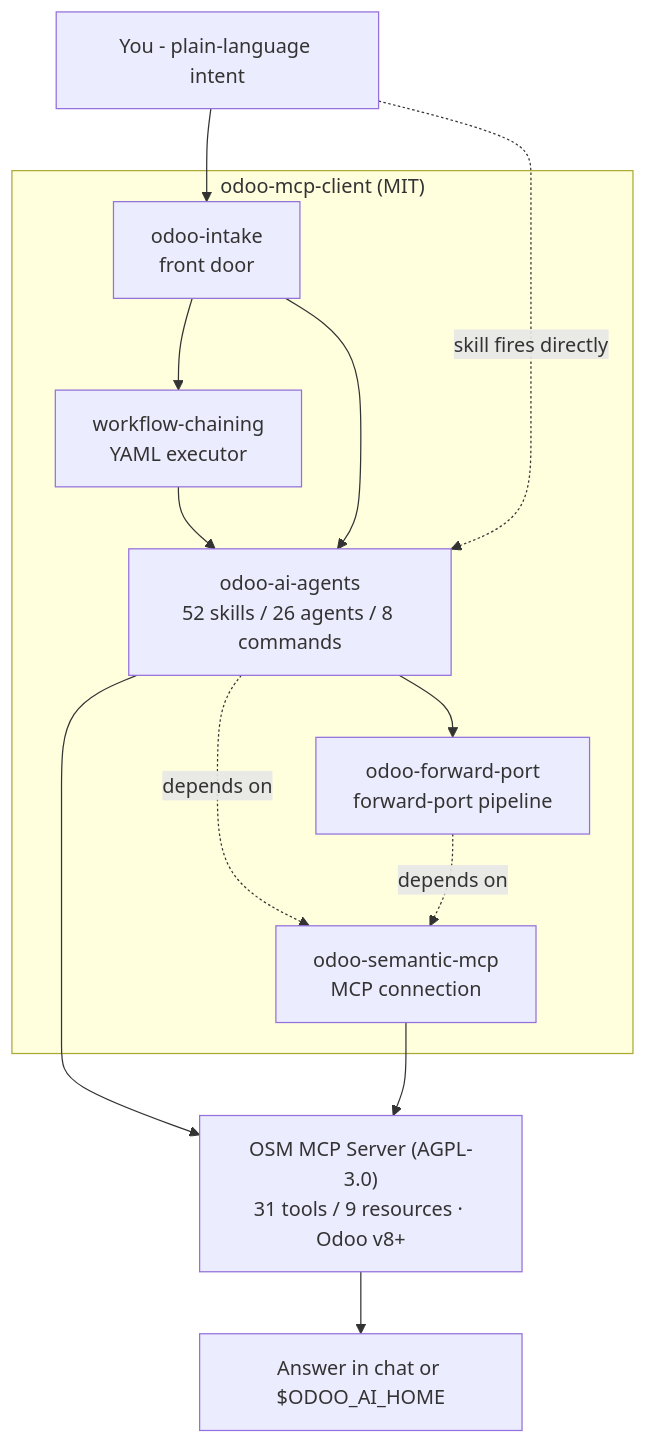
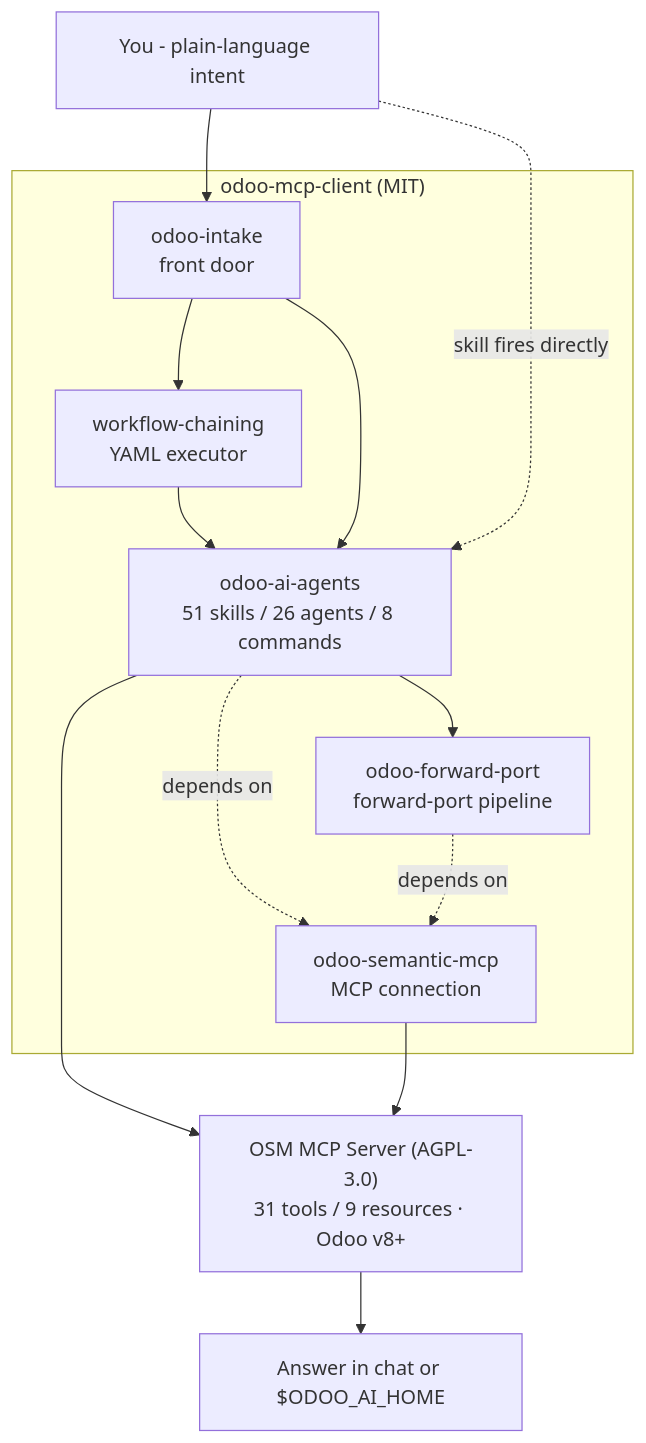
One commit to Viindoo/odoo-mcp-client changed the diagram in README.md. Above: the diagram before and after it, drawn with Mermaid. The commit also changed other lines of this file and 154 other files, not shown here.

````diff
--- a/README.md
+++ b/README.md
@@ -13,26 +13,26 @@
 ```mermaid
 flowchart TD
     You["You - plain-language intent"]
 
     subgraph client["odoo-mcp-client (MIT)"]
         intake["odoo-intake<br/>front door"]
         wfrunner["workflow-chaining<br/>YAML executor"]
-        skills["odoo-ai-agents<br/>52 skills / 26 agents / 8 commands"]
+        skills["odoo-ai-agents<br/>51 skills / 26 agents / 8 commands"]
         fp["odoo-forward-port<br/>forward-port pipeline"]
         mcp["odoo-semantic-mcp<br/>MCP connection"]
         intake --> wfrunner --> skills
         intake --> skills
         skills --> fp
         skills -. depends on .-> mcp
         fp -. depends on .-> mcp
     end
 
     server["OSM MCP Server (AGPL-3.0)<br/>31 tools / 9 resources · Odoo v8+"]
     out["Answer in chat or $ODOO_AI_HOME"]
 
     You --> intake
     You -. "skill fires directly" .-> skills
     skills --> server
     mcp --> server
     server --> out
 ```
````
